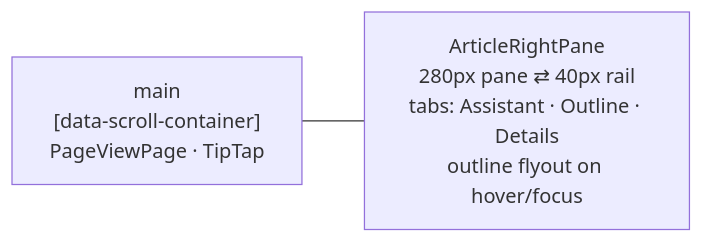
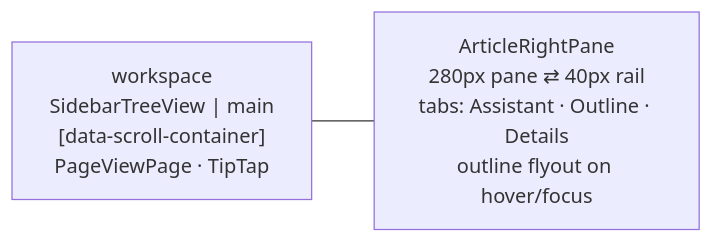
One commit to Compendiq/compendiq-ce changed the third of 6 diagrams in docs/architecture/04-frontend-structure.md. Above: the diagram before and after it, drawn with Mermaid. The commit also changed other lines of this file and 7 other files, not shown here.

````diff
--- a/docs/architecture/04-frontend-structure.md
+++ b/docs/architecture/04-frontend-structure.md
@@ -74,7 +96,7 @@
 ```mermaid
 flowchart LR
-    main["main<br/>[data-scroll-container]<br/>PageViewPage · TipTap"]
+    workspace["workspace<br/>SidebarTreeView | main<br/>[data-scroll-container]<br/>PageViewPage · TipTap"]
     rail["ArticleRightPane<br/>280px pane ⇄ 40px rail<br/>tabs: Assistant · Outline · Details<br/>outline flyout on hover/focus"]
 
-    main --- rail
+    workspace --- rail
 ```
````
